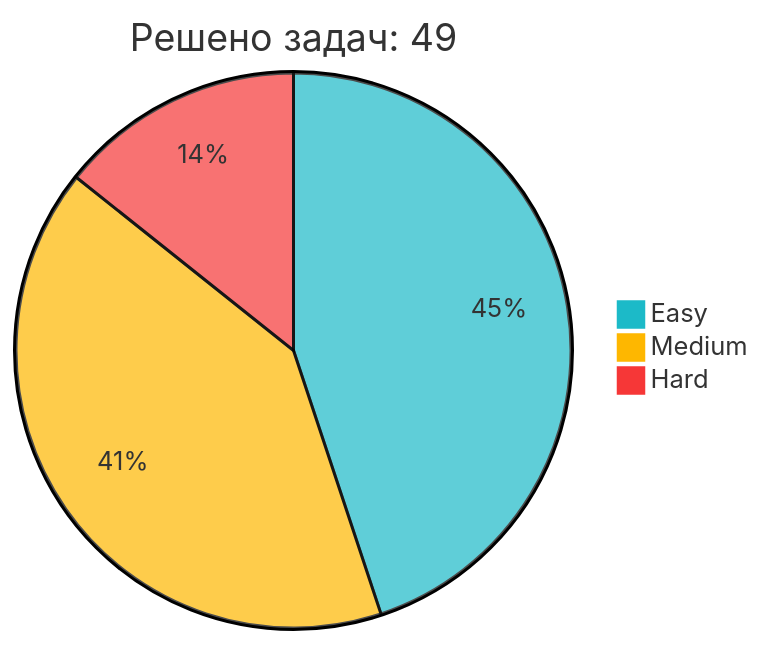
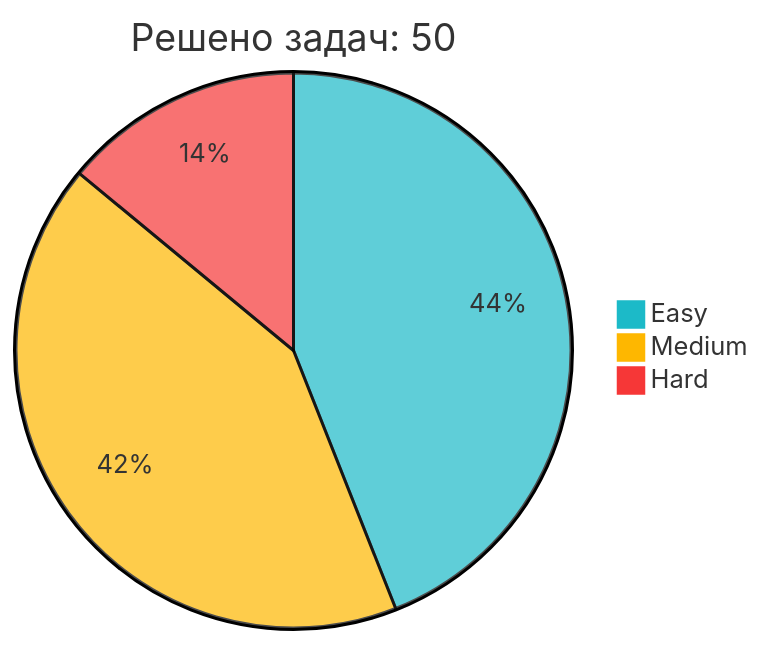
The diagram in README.md (IliaKurdukov/IliaKurdukov), drawn with Mermaid before and after one commit. The commit also changed other lines of this file, not shown here.

Commit message:
📈 Обновление статистики LeetCode

````diff
--- a/README.md
+++ b/README.md
@@ -51,7 +51,7 @@
 ```mermaid
 %%{init: {'theme': 'base', 'themeVariables': { 'pie1': '#1CBAC8', 'pie2': '#FEB700', 'pie3': '#F63737' }, 'config': {'width': 300, 'height': 200}}}%%
-pie title Решено задач: 49
+pie title Решено задач: 50
    "Easy" : 22
-   "Medium" : 20
+   "Medium" : 21
    "Hard" : 7
 ```
````
